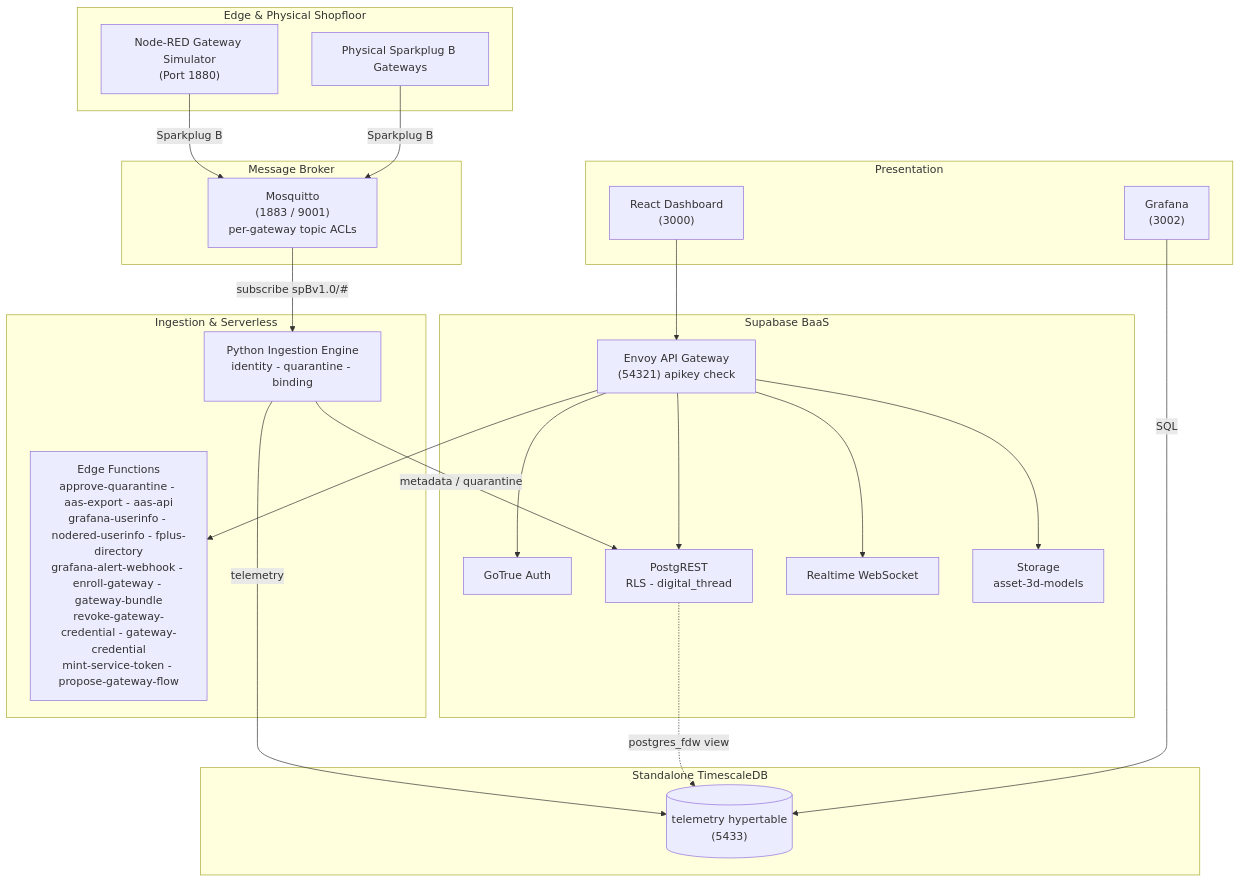
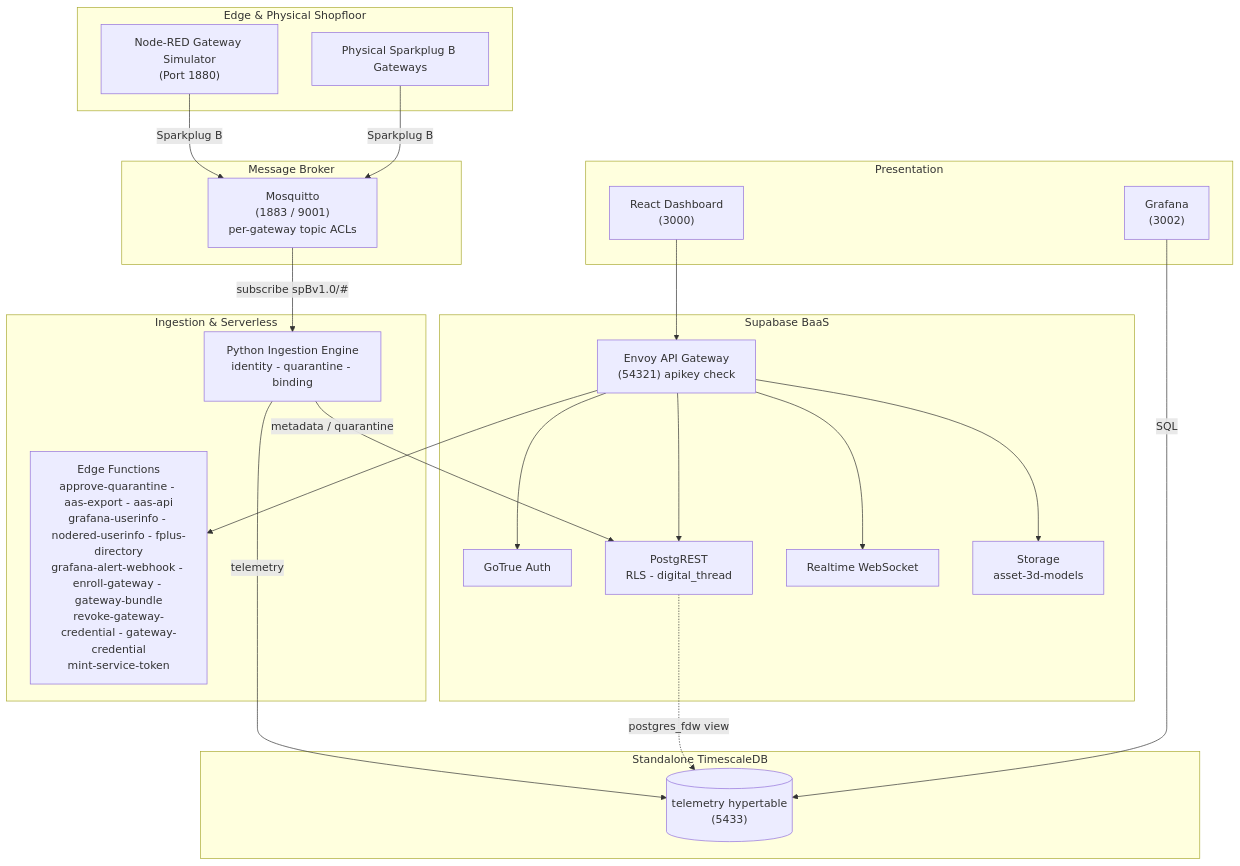
Before and after one commit to Harri-Llewelyn/Aber: the diagram in README.md, drawn with Mermaid. The commit also changed other lines of this file and 28 other files, not shown here.

````diff
--- a/README.md
+++ b/README.md
@@ -30,47 +30,47 @@
 ```mermaid
 flowchart TB
     subgraph Edge ["Edge & Physical Shopfloor"]
         NR["Node-RED Gateway Simulator<br/>(Port 1880)"]
         DEV["Physical Sparkplug B Gateways"]
     end
 
     subgraph Messaging ["Message Broker"]
         MQTT["Mosquitto<br/>(1883 / 9001)<br/>per-gateway topic ACLs"]
     end
 
     subgraph Processing ["Ingestion & Serverless"]
         ING["Python Ingestion Engine<br/>identity - quarantine - binding"]
-        EF["Edge Functions<br/>approve-quarantine - aas-export - aas-api<br/>grafana-userinfo - nodered-userinfo - fplus-directory<br/>grafana-alert-webhook - enroll-gateway - gateway-bundle<br/>revoke-gateway-credential - gateway-credential<br/>mint-service-token - propose-gateway-flow"]
+        EF["Edge Functions<br/>approve-quarantine - aas-export - aas-api<br/>grafana-userinfo - nodered-userinfo - fplus-directory<br/>grafana-alert-webhook - enroll-gateway - gateway-bundle<br/>revoke-gateway-credential - gateway-credential<br/>mint-service-token"]
     end
 
     subgraph Supabase ["Supabase BaaS"]
         GW["Envoy API Gateway<br/>(54321) apikey check"]
         AUTH["GoTrue Auth"]
         PGRST["PostgREST<br/>RLS - digital_thread"]
         RT["Realtime WebSocket"]
         STO["Storage<br/>asset-3d-models"]
     end
 
     subgraph TSDB ["Standalone TimescaleDB"]
         TS[("telemetry hypertable<br/>(5433)")]
     end
 
     subgraph UX ["Presentation"]
         UI["React Dashboard<br/>(3000)"]
         GRAF["Grafana<br/>(3002)"]
     end
 
     NR -->|Sparkplug B| MQTT
     DEV -->|Sparkplug B| MQTT
     MQTT -->|subscribe spBv1.0/#| ING
     ING -->|metadata / quarantine| PGRST
     ING -->|telemetry| TS
     UI --> GW
     GW --> AUTH
     GW --> PGRST
     GW --> RT
     GW --> STO
     GW --> EF
     PGRST -.->|postgres_fdw view| TS
     GRAF -->|SQL| TS
 ```
````
